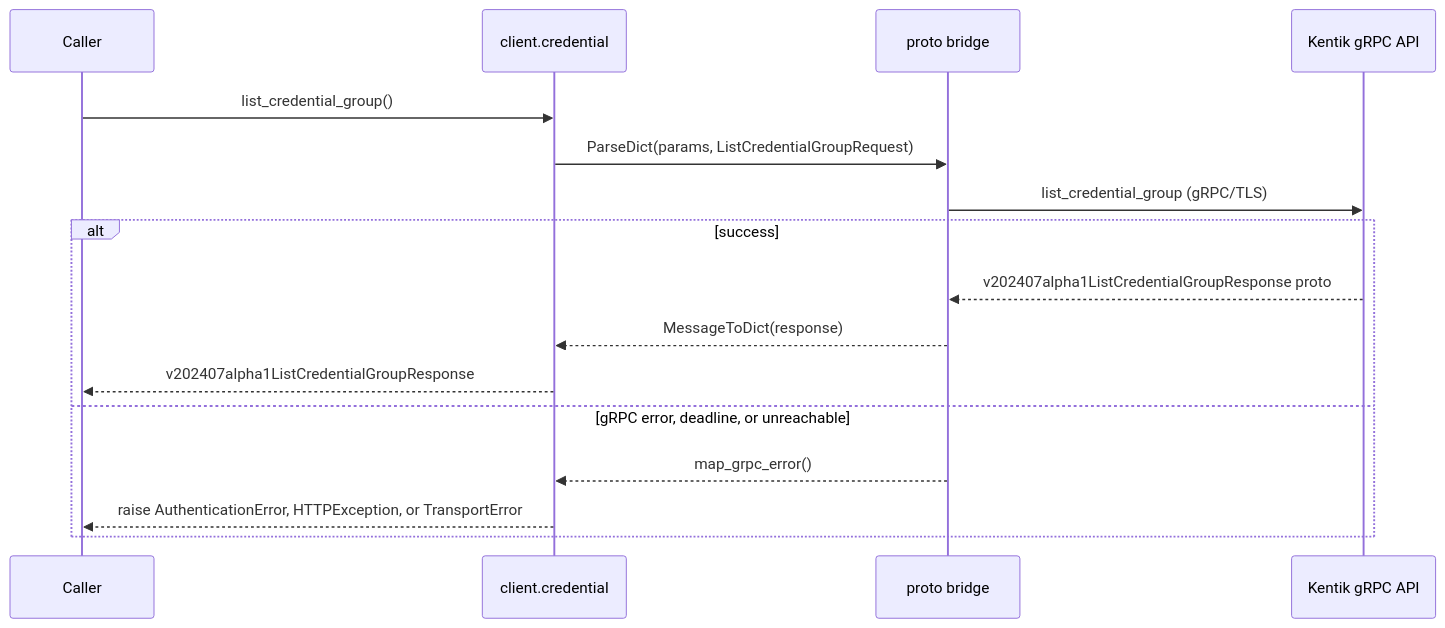
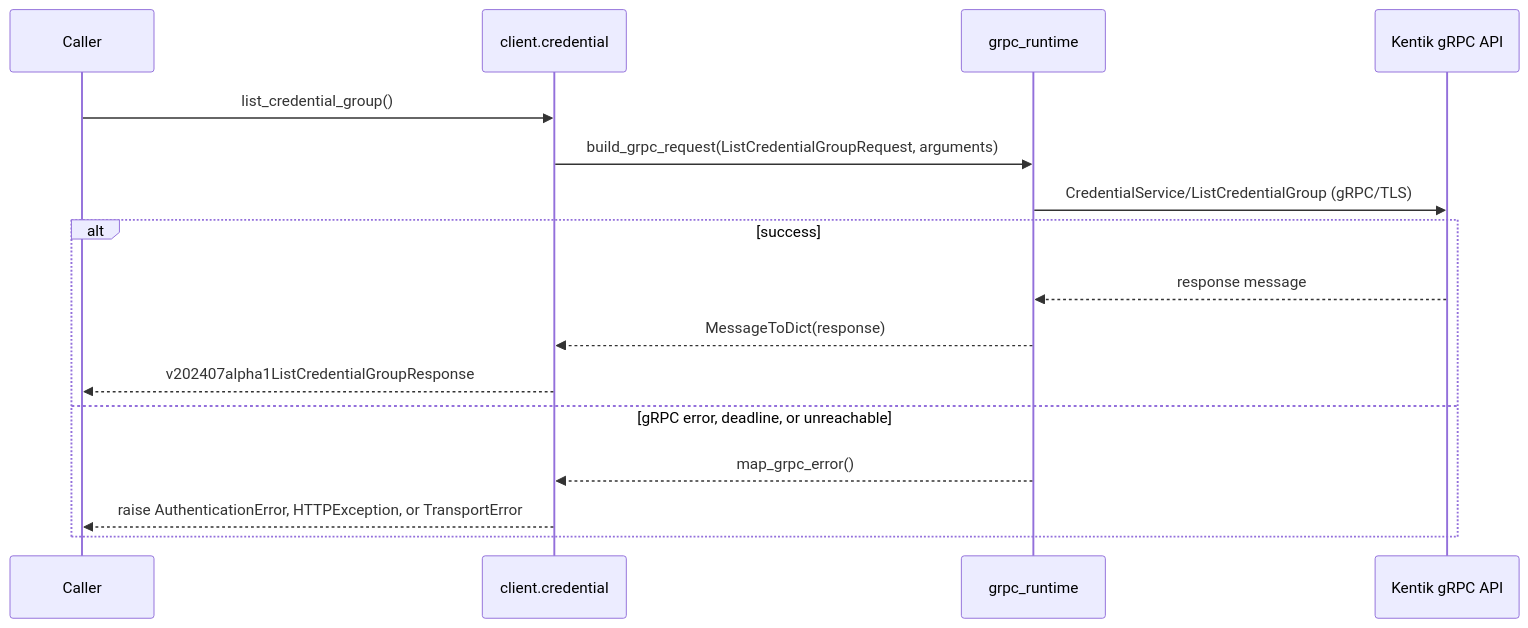
One commit to alexdearaujo/community_sdk_python changed the third of 6 diagrams in docs/sphinx/services/credential.md. Above: the diagram before and after it, drawn with Mermaid. The commit also changed other lines of this file and 37 other files, not shown here.

First line of the commit message:
docs: show the real RPC in each service page's gRPC diagram

````diff
--- a/docs/sphinx/services/credential.md
+++ b/docs/sphinx/services/credential.md
@@ -59,19 +59,19 @@
 ```mermaid
 sequenceDiagram
     participant C as Caller
     participant W as client.credential
-    participant B as proto bridge
+    participant R as grpc_runtime
     participant API as Kentik gRPC API
 
     C->>W: list_credential_group()
-    W->>B: ParseDict(params, ListCredentialGroupRequest)
-    B->>API: list_credential_group (gRPC/TLS)
+    W->>R: build_grpc_request(ListCredentialGroupRequest, arguments)
+    R->>API: CredentialService/ListCredentialGroup (gRPC/TLS)
     alt success
-        API-->>B: v202407alpha1ListCredentialGroupResponse proto
-        B-->>W: MessageToDict(response)
+        API-->>R: response message
+        R-->>W: MessageToDict(response)
         W-->>C: v202407alpha1ListCredentialGroupResponse
     else gRPC error, deadline, or unreachable
-        B-->>W: map_grpc_error()
+        R-->>W: map_grpc_error()
         W-->>C: raise AuthenticationError, HTTPException, or TransportError
     end
 ```
````
